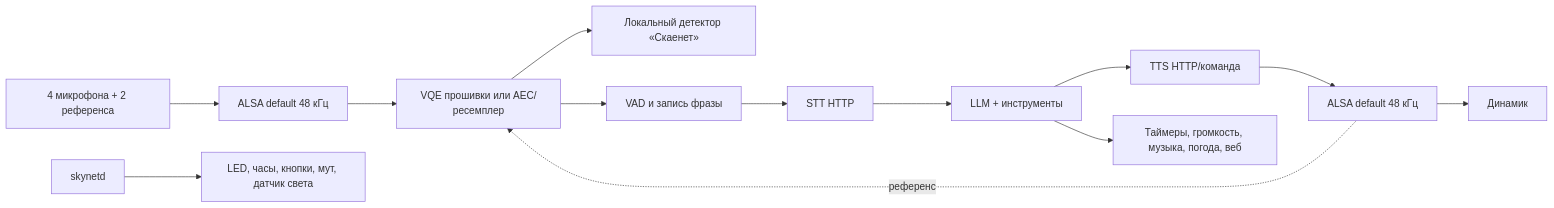
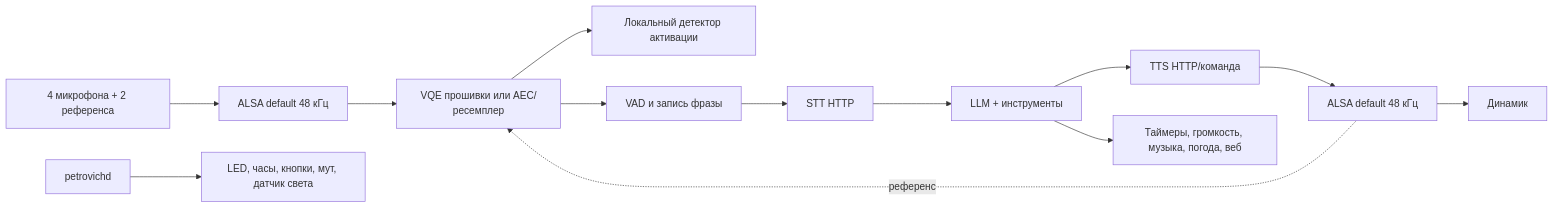
One commit to makriq-fun/petrovich-assistant changed the diagram in README.md. Above: the diagram before and after it, drawn with Mermaid. The commit also changed other lines of this file and 123 other files, not shown here.

````diff
--- a/README.md
+++ b/README.md
@@ -50,15 +59,15 @@
 ```mermaid
 flowchart LR
     Mic[4 микрофона + 2 референса] --> ALSA[ALSA default 48 кГц]
     ALSA --> VQE[VQE прошивки или AEC/ресемплер]
-    VQE --> WW[Локальный детектор «Скаенет»]
+    VQE --> WW[Локальный детектор активации]
     VQE --> VAD[VAD и запись фразы]
     VAD --> STT[STT HTTP]
     STT --> LLM[LLM + инструменты]
     LLM --> TTS[TTS HTTP/команда]
     TTS --> Play[ALSA default 48 кГц]
     Play --> Speaker[Динамик]
     Play -. референс .-> VQE
     LLM --> Tools[Таймеры, громкость, музыка, погода, веб]
-    Daemon[skynetd] --> HW[LED, часы, кнопки, мут, датчик света]
+    Daemon[petrovichd] --> HW[LED, часы, кнопки, мут, датчик света]
 ```
````
